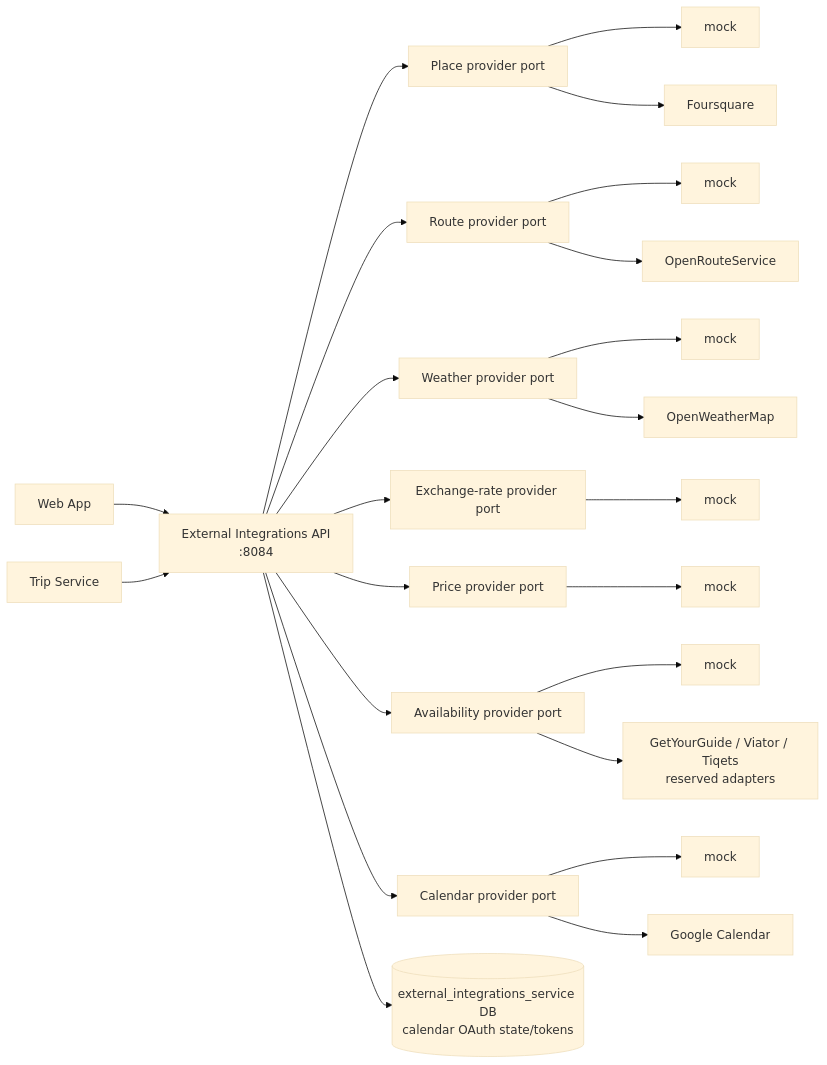
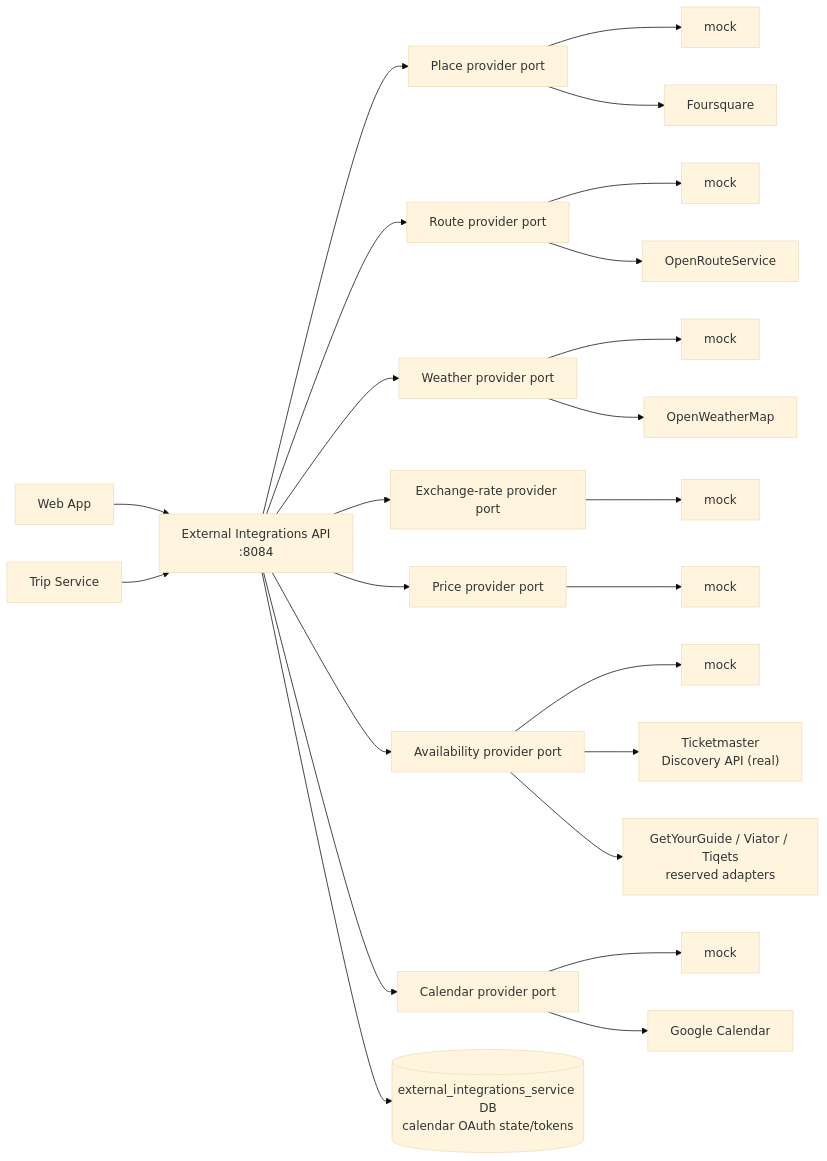
Before and after one commit to KovalenkoDima236961/Travel_Ai_App: the first of 2 diagrams in services/external-integrations-service/README.md, drawn with Mermaid (base theme). The commit also changed other lines of this file and 34 other files, not shown here.

````diff
--- a/services/external-integrations-service/README.md
+++ b/services/external-integrations-service/README.md
@@ -13,28 +13,29 @@
 ```mermaid
 flowchart LR
     Web["Web App"] --> API["External Integrations API<br/>:8084"]
     Trip["Trip Service"] --> API
 
     API --> Places["Place provider port"]
     API --> Routes["Route provider port"]
     API --> Weather["Weather provider port"]
     API --> Rates["Exchange-rate provider port"]
     API --> Prices["Price provider port"]
     API --> Availability["Availability provider port"]
     API --> Calendar["Calendar provider port"]
 
     Places --> PlacesMock["mock"]
     Places --> Foursquare["Foursquare"]
     Routes --> RouteMock["mock"]
     Routes --> ORS["OpenRouteService"]
     Weather --> WeatherMock["mock"]
     Weather --> OWM["OpenWeatherMap"]
     Rates --> RatesMock["mock"]
     Prices --> PricesMock["mock"]
     Availability --> AvailabilityMock["mock"]
+    Availability --> Ticketmaster["Ticketmaster<br/>Discovery API (real)"]
     Availability --> AvailabilityReal["GetYourGuide / Viator / Tiqets<br/>reserved adapters"]
     Calendar --> CalendarMock["mock"]
     Calendar --> Google["Google Calendar"]
 
     API --> DB[("external_integrations_service DB<br/>calendar OAuth state/tokens")]
 ```
````
